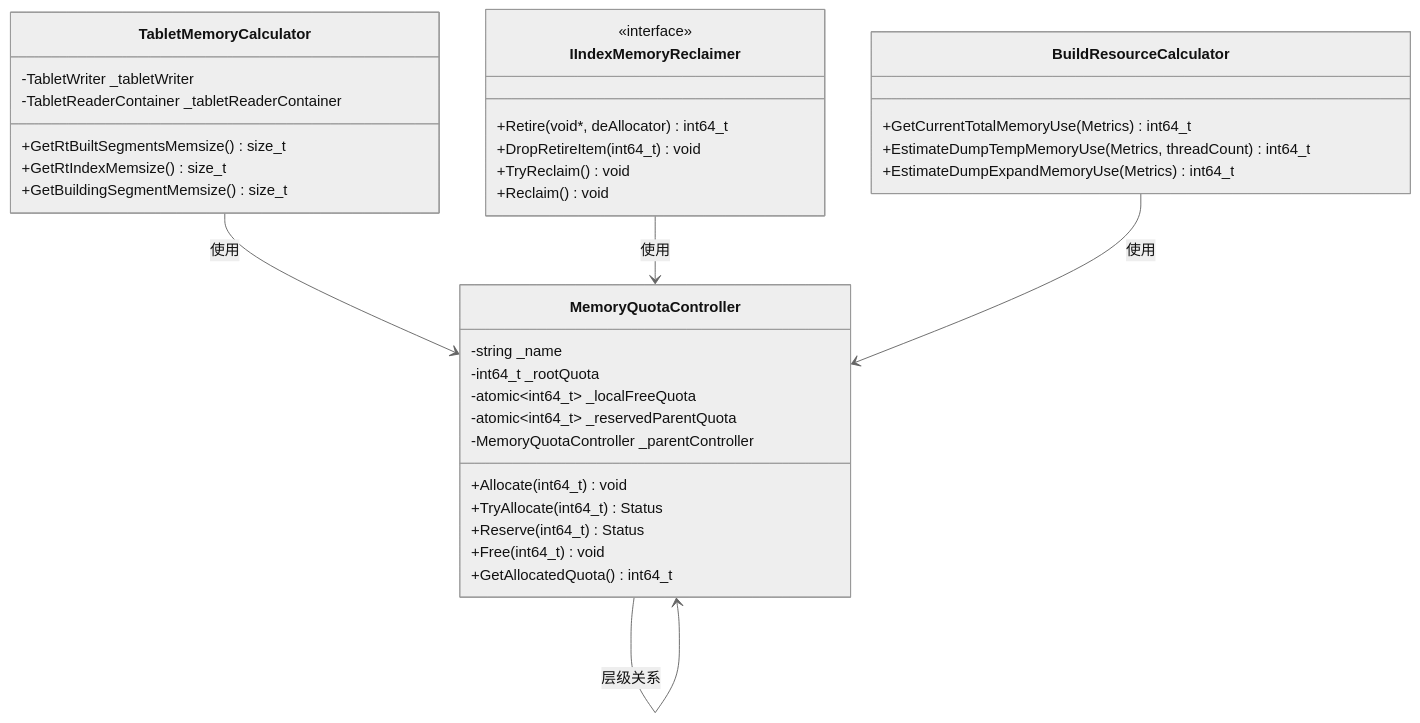
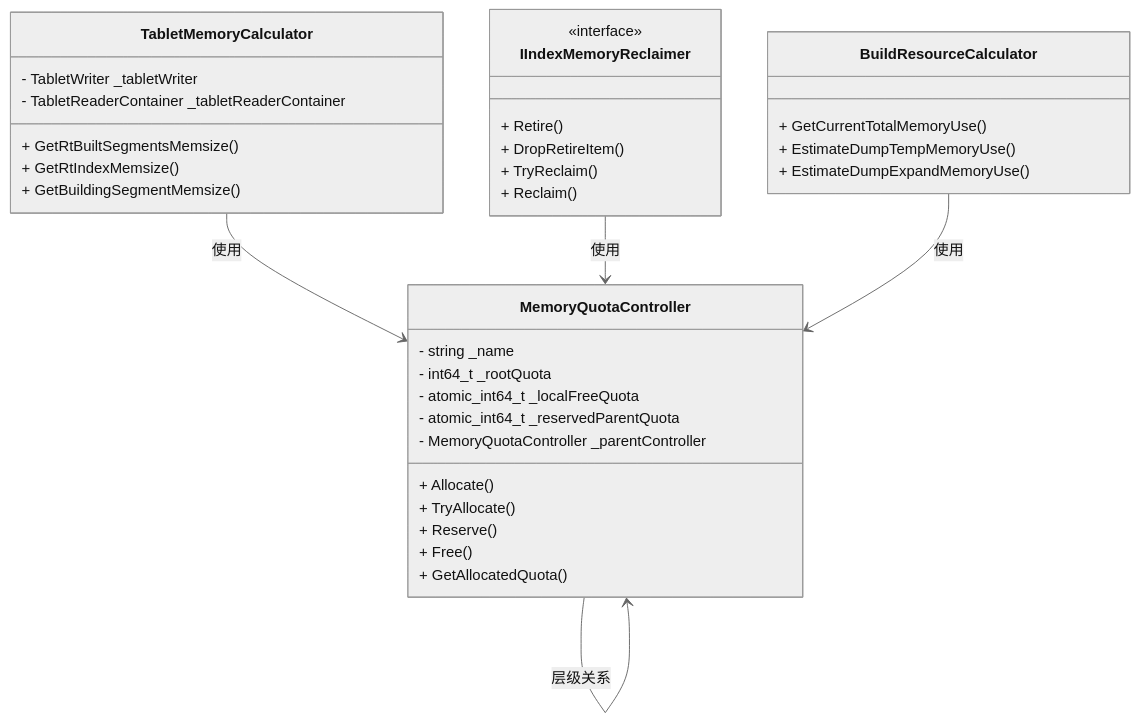
Before and after one commit to zhouzhilong-commits/zhouzhilong-commits.github.io: the first of 7 diagrams in _posts/2025-07-05-indexlib-7-memory-management.md, drawn with Mermaid (neutral theme). The commit also changed other lines of this file and 228 other files, not shown here.

````diff
--- a/_posts/2025-07-05-indexlib-7-memory-management.md
+++ b/_posts/2025-07-05-indexlib-7-memory-management.md
@@ -33,42 +33,42 @@
 ```mermaid
 classDiagram
     class MemoryQuotaController {
-        -string _name
-        -int64_t _rootQuota
-        -atomic~int64_t~ _localFreeQuota
-        -atomic~int64_t~ _reservedParentQuota
-        -MemoryQuotaController _parentController
-        +Allocate(int64_t) void
-        +TryAllocate(int64_t) Status
-        +Reserve(int64_t) Status
-        +Free(int64_t) void
-        +GetAllocatedQuota() int64_t
+        - string _name
+        - int64_t _rootQuota
+        - atomic_int64_t _localFreeQuota
+        - atomic_int64_t _reservedParentQuota
+        - MemoryQuotaController _parentController
+        + Allocate()
+        + TryAllocate()
+        + Reserve()
+        + Free()
+        + GetAllocatedQuota()
     }
     
     class TabletMemoryCalculator {
-        -TabletWriter _tabletWriter
-        -TabletReaderContainer _tabletReaderContainer
-        +GetRtBuiltSegmentsMemsize() size_t
-        +GetRtIndexMemsize() size_t
-        +GetBuildingSegmentMemsize() size_t
+        - TabletWriter _tabletWriter
+        - TabletReaderContainer _tabletReaderContainer
+        + GetRtBuiltSegmentsMemsize()
+        + GetRtIndexMemsize()
+        + GetBuildingSegmentMemsize()
     }
     
     class IIndexMemoryReclaimer {
         <<interface>>
-        +Retire(void*, deAllocator) int64_t
-        +DropRetireItem(int64_t) void
-        +TryReclaim() void
-        +Reclaim() void
+        + Retire()
+        + DropRetireItem()
+        + TryReclaim()
+        + Reclaim()
     }
     
     class BuildResourceCalculator {
-        +GetCurrentTotalMemoryUse(Metrics) int64_t
-        +EstimateDumpTempMemoryUse(Metrics, threadCount) int64_t
-        +EstimateDumpExpandMemoryUse(Metrics) int64_t
+        + GetCurrentTotalMemoryUse()
+        + EstimateDumpTempMemoryUse()
+        + EstimateDumpExpandMemoryUse()
     }
     
     MemoryQuotaController --> MemoryQuotaController : 层级关系
     TabletMemoryCalculator --> MemoryQuotaController : 使用
     IIndexMemoryReclaimer --> MemoryQuotaController : 使用
     BuildResourceCalculator --> MemoryQuotaController : 使用
 ```
````
